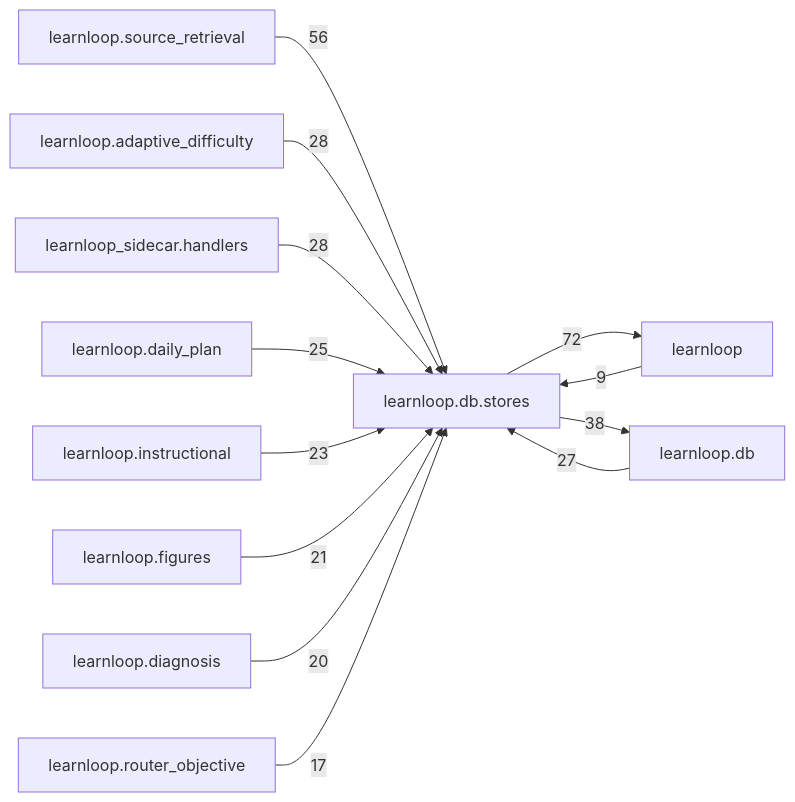
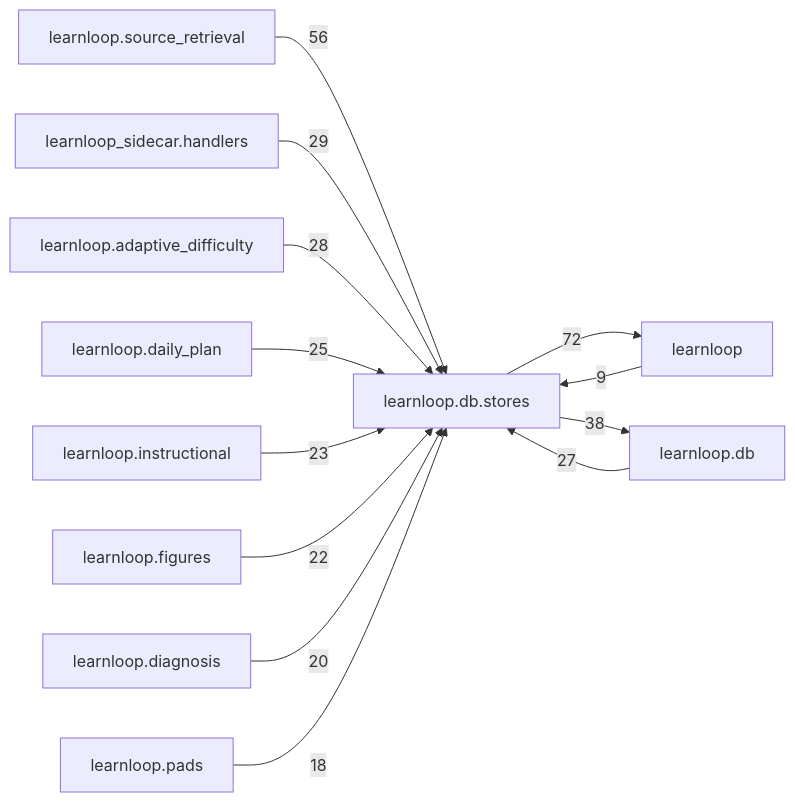
The diagram in docs/learnloop-architecture-vault/Reference/Modules/learnloop/db/stores/_package.md (6up-b/learnanything), drawn with Mermaid before and after one commit. The commit also changed other lines of this file and 315 other files, not shown here.

````diff
--- a/docs/learnloop-architecture-vault/Reference/Modules/learnloop/db/stores/_package.md
+++ b/docs/learnloop-architecture-vault/Reference/Modules/learnloop/db/stores/_package.md
@@ -274,26 +278,26 @@
 ```mermaid
 flowchart LR
     center["learnloop.db.stores"]
     n_learnloop["learnloop"]
     n_learnloop_db["learnloop.db"]
     n_learnloop_source_retrieval["learnloop.source_retrieval"]
+    n_learnloop_sidecar_handlers["learnloop_sidecar.handlers"]
     n_learnloop_adaptive_difficulty["learnloop.adaptive_difficulty"]
-    n_learnloop_sidecar_handlers["learnloop_sidecar.handlers"]
     n_learnloop_daily_plan["learnloop.daily_plan"]
     n_learnloop_instructional["learnloop.instructional"]
     n_learnloop_figures["learnloop.figures"]
     n_learnloop_diagnosis["learnloop.diagnosis"]
-    n_learnloop_router_objective["learnloop.router_objective"]
+    n_learnloop_pads["learnloop.pads"]
     n_learnloop -->|9| center
     center -->|72| n_learnloop
     n_learnloop_db -->|27| center
     center -->|38| n_learnloop_db
     n_learnloop_source_retrieval -->|56| center
+    n_learnloop_sidecar_handlers -->|29| center
     n_learnloop_adaptive_difficulty -->|28| center
-    n_learnloop_sidecar_handlers -->|28| center
     n_learnloop_daily_plan -->|25| center
     n_learnloop_instructional -->|23| center
-    n_learnloop_figures -->|21| center
+    n_learnloop_figures -->|22| center
     n_learnloop_diagnosis -->|20| center
-    n_learnloop_router_objective -->|17| center
+    n_learnloop_pads -->|18| center
 ```
````
